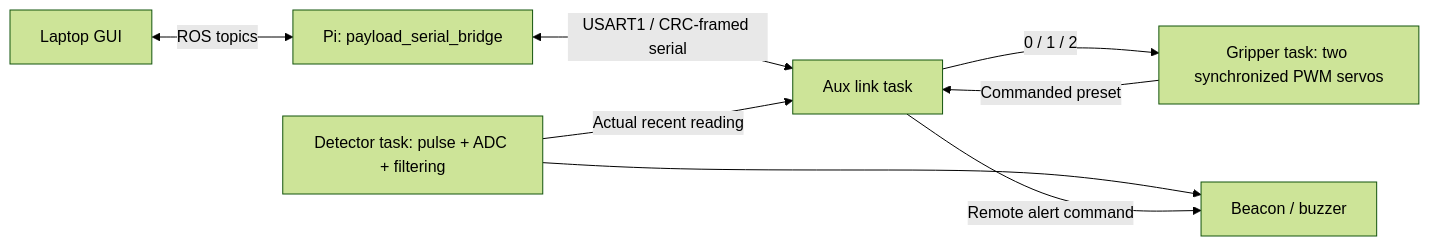
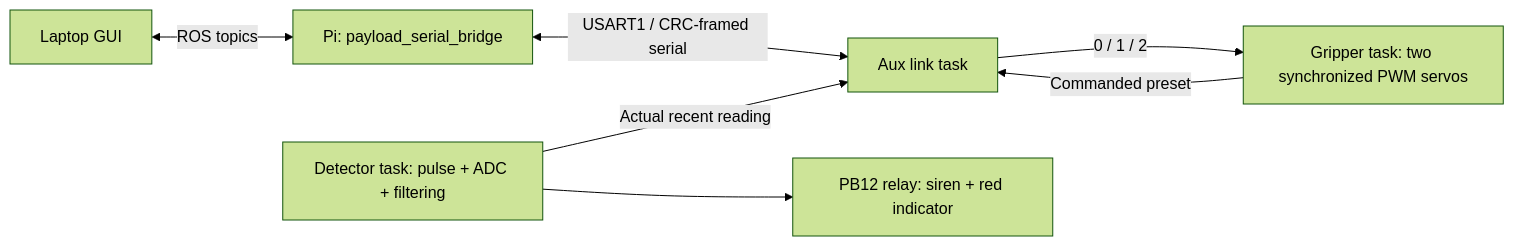
Before and after one commit to saifelden1/MineSweepr-Aux: the diagram in SYSTEM_ARCHITECTURE.md, drawn with Mermaid (forest theme). The commit also changed other lines of this file and 12 other files, not shown here.

````diff
--- a/SYSTEM_ARCHITECTURE.md
+++ b/SYSTEM_ARCHITECTURE.md
@@ -7,10 +7,9 @@
 ```mermaid
 flowchart LR
     GUI["Laptop GUI"] <-->|"ROS topics"| PI["Pi: payload_serial_bridge"]
     PI <-->|"USART1 / CRC-framed serial"| LINK["Aux link task"]
     LINK -->|"0 / 1 / 2"| GRIP["Gripper task: two synchronized PWM servos"]
     DET["Detector task: pulse + ADC + filtering"] -->|"Actual recent reading"| LINK
     GRIP -->|"Commanded preset"| LINK
-    DET --> ALERT["Beacon / buzzer"]
-    LINK -->|"Remote alert command"| ALERT
+    DET --> ALERT["PB12 relay: siren + red indicator"]
 ```
````
